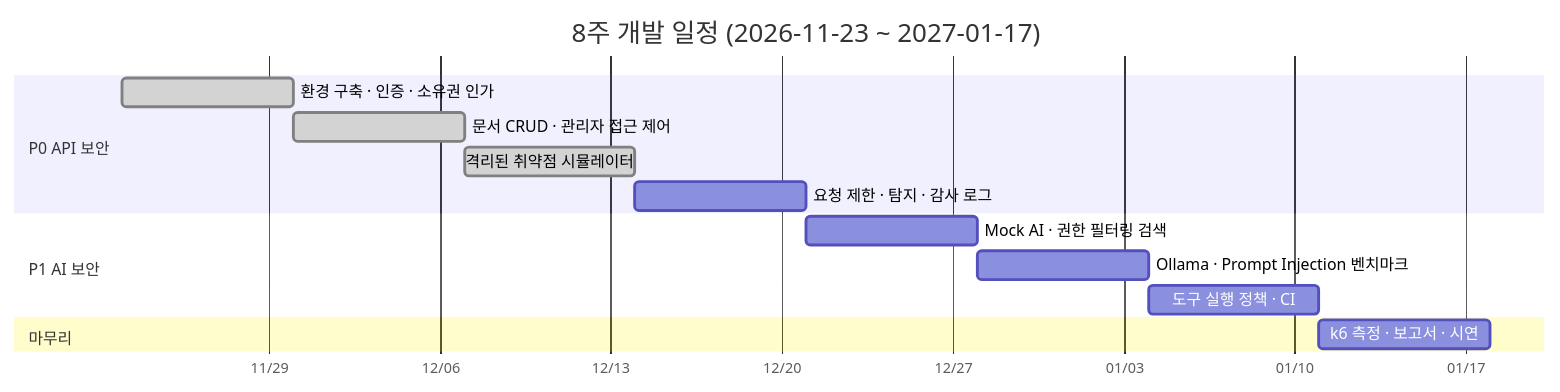
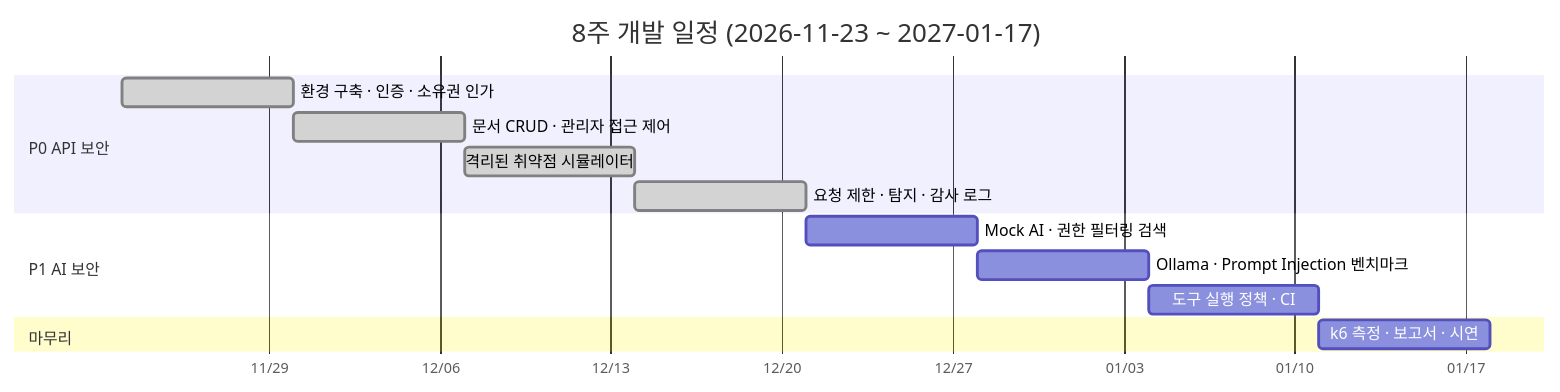
One commit to Ohhaeseo/securelab-ai changed the second of 2 diagrams in README.md. Above: the diagram before and after it, drawn with Mermaid. The commit also changed other lines of this file and 12 other files, not shown here.

````diff
--- a/README.md
+++ b/README.md
@@ -196,17 +204,17 @@
 ```mermaid
 gantt
   title 8주 개발 일정 (2026-11-23 ~ 2027-01-17)
   dateFormat YYYY-MM-DD
   axisFormat %m/%d
   section P0 API 보안
   환경 구축 · 인증 · 소유권 인가   :done, w1, 2026-11-23, 7d
   문서 CRUD · 관리자 접근 제어     :done, w2, after w1, 7d
   격리된 취약점 시뮬레이터          :done, w3, after w2, 7d
-  요청 제한 · 탐지 · 감사 로그      :w4, after w3, 7d
+  요청 제한 · 탐지 · 감사 로그      :done, w4, after w3, 7d
   section P1 AI 보안
   Mock AI · 권한 필터링 검색       :w5, after w4, 7d
   Ollama · Prompt Injection 벤치마크 :w6, after w5, 7d
   도구 실행 정책 · CI              :w7, after w6, 7d
   section 마무리
   k6 측정 · 보고서 · 시연          :w8, after w7, 7d
 ```
````
